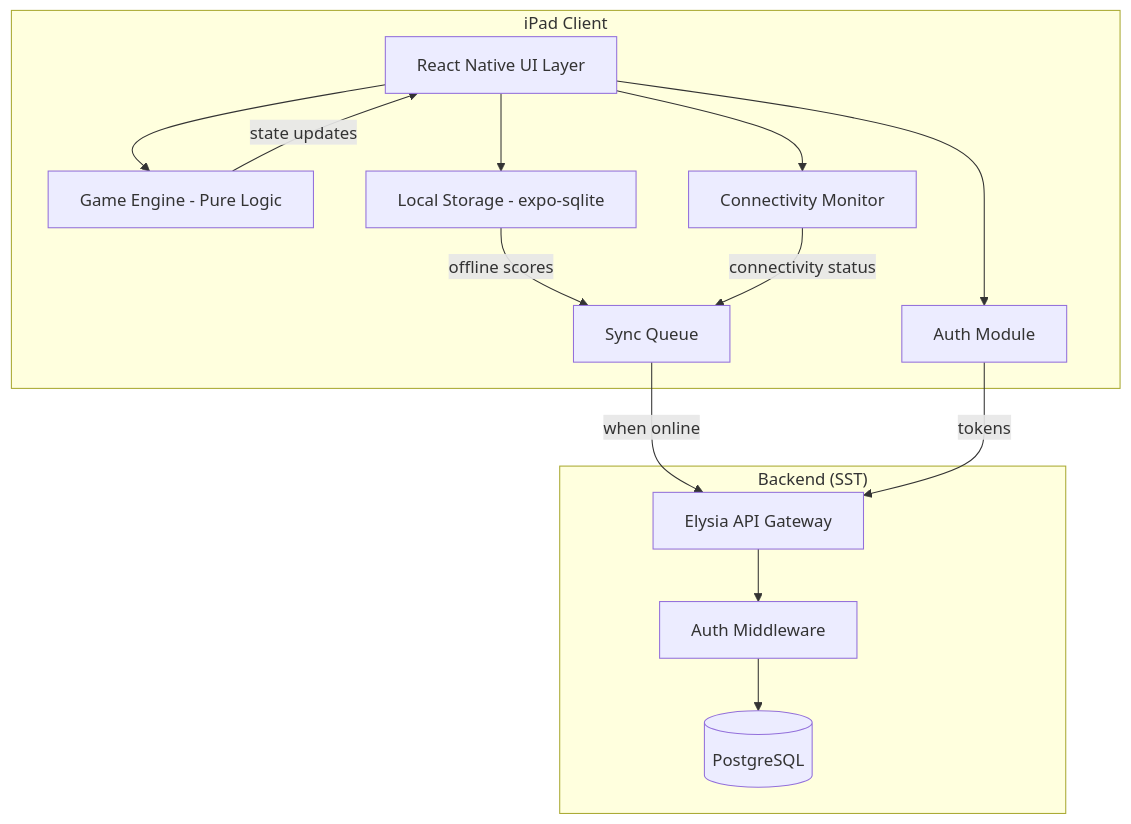
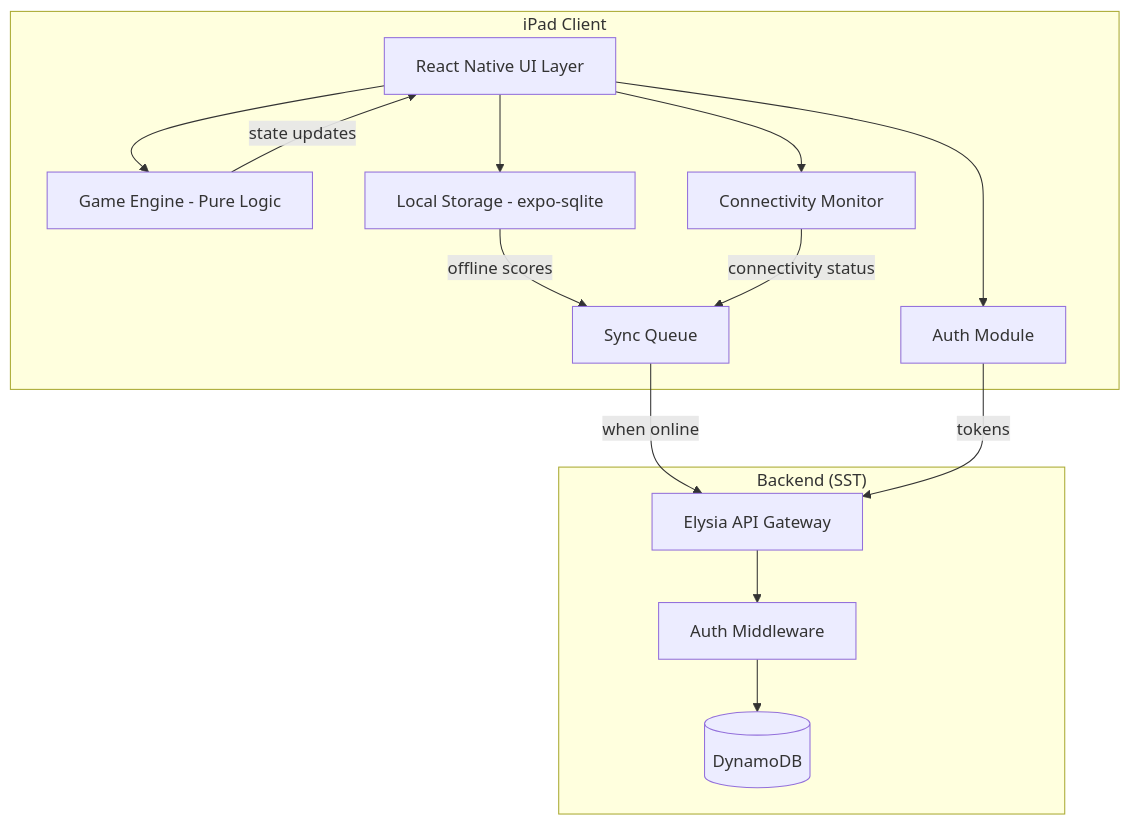
One commit to Evans-Software-Solutions-Limited/spriggle changed the first of 2 diagrams in .kiro/specs/spriggle-ipad-game/design.md. Above: the diagram before and after it, drawn with Mermaid. The commit also changed other lines of this file and 36 other files, not shown here.

````diff
--- a/.kiro/specs/spriggle-ipad-game/design.md
+++ b/.kiro/specs/spriggle-ipad-game/design.md
@@ -15,29 +15,29 @@
 ```mermaid
 graph TB
     subgraph "iPad Client"
         UI[React Native UI Layer]
         GE[Game Engine - Pure Logic]
         LS[Local Storage - expo-sqlite]
         SQ[Sync Queue]
         AUTH[Auth Module]
         NET[Connectivity Monitor]
     end
 
     subgraph "Backend (SST)"
         API[Elysia API Gateway]
         MW[Auth Middleware]
-        DB[(PostgreSQL)]
+        DB[(DynamoDB)]
     end
 
     UI --> GE
     UI --> LS
     UI --> AUTH
     UI --> NET
     GE --> |state updates| UI
     LS --> |offline scores| SQ
     SQ --> |when online| API
     NET --> |connectivity status| SQ
     AUTH --> |tokens| API
     API --> MW
     MW --> DB
 ```
````
